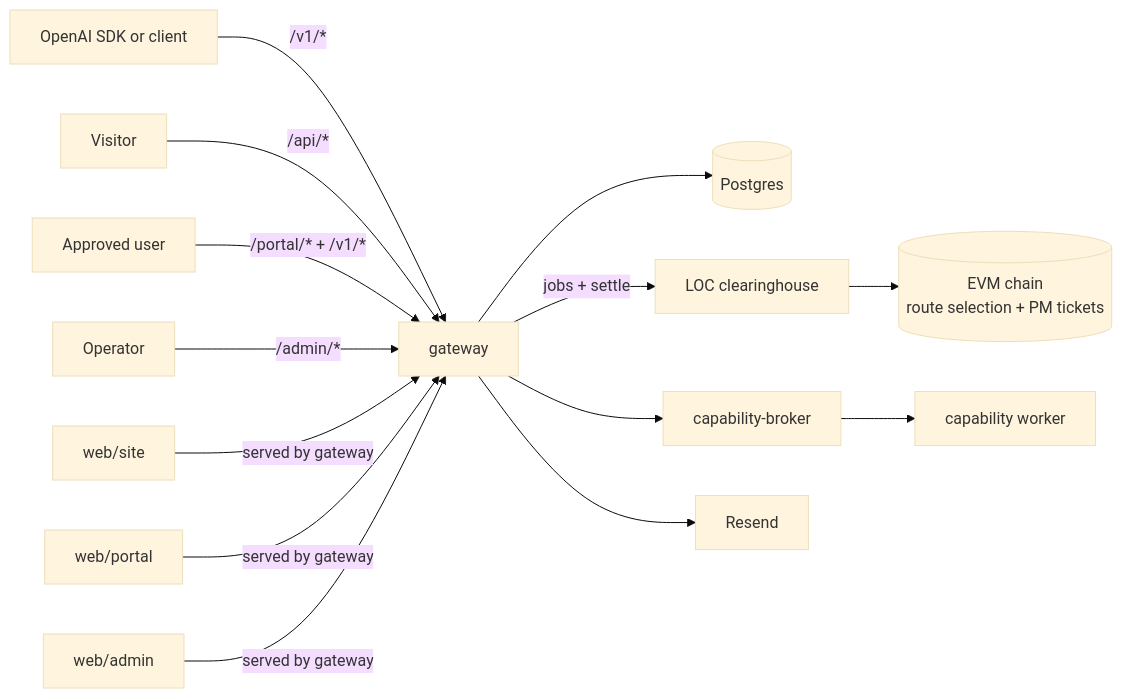
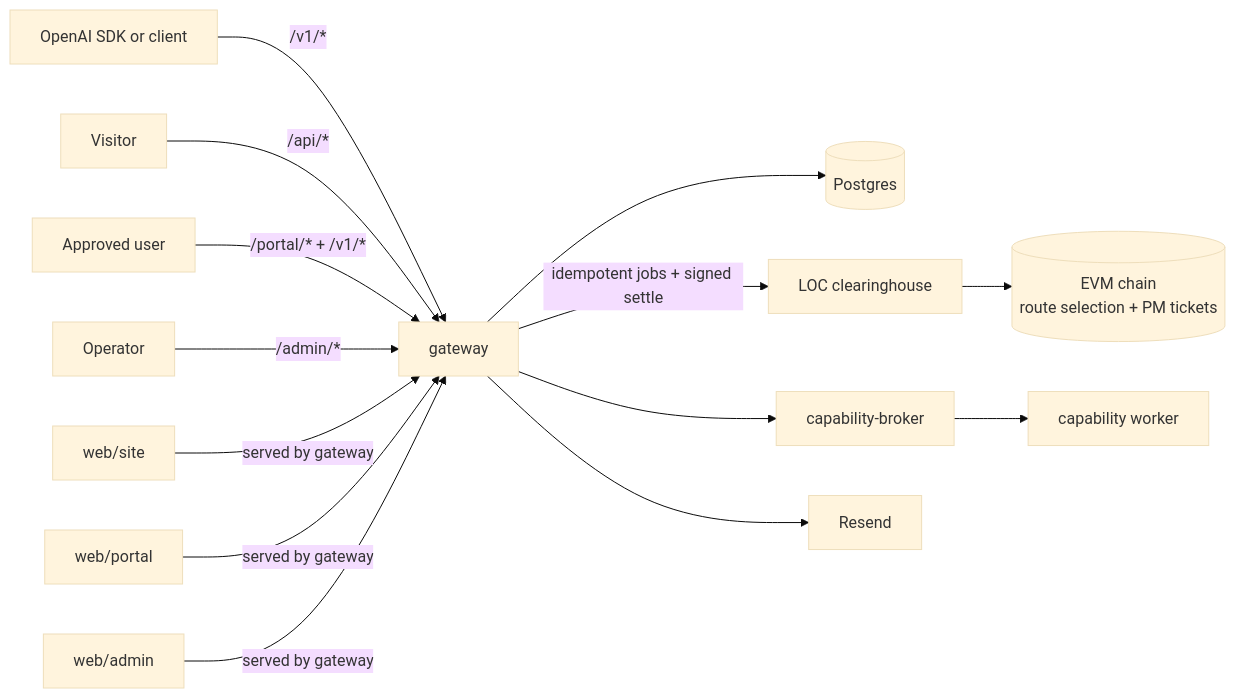
Before and after one commit to Cloud-SPE/livepeer-modules-openai-gateway: the first of 4 diagrams in README.md, drawn with Mermaid (base theme). The commit also changed other lines of this file and 15 other files, not shown here.

````diff
--- a/README.md
+++ b/README.md
@@ -83,19 +82,19 @@
 ```mermaid
 flowchart LR
   SDK[OpenAI SDK or client] -->|/v1/*| GW[gateway]
   SiteUser[Visitor] -->|/api/*| GW
   PortalUser[Approved user] -->|/portal/* + /v1/*| GW
   AdminUser[Operator] -->|/admin/*| GW
 
   SITE[web/site] -->|served by gateway| GW
   PORTAL[web/portal] -->|served by gateway| GW
   ADMIN[web/admin] -->|served by gateway| GW
 
   GW --> DB[(Postgres)]
-  GW -->|jobs + settle| LOC[LOC clearinghouse]
+  GW -->|idempotent jobs + signed settle| LOC[LOC clearinghouse]
   GW --> BROKER[capability-broker]
   BROKER --> WORKER[capability worker]
   GW --> EMAIL[Resend]
 
   LOC --> CHAIN[(EVM chain<br/>route selection + PM tickets)]
 ```
````
